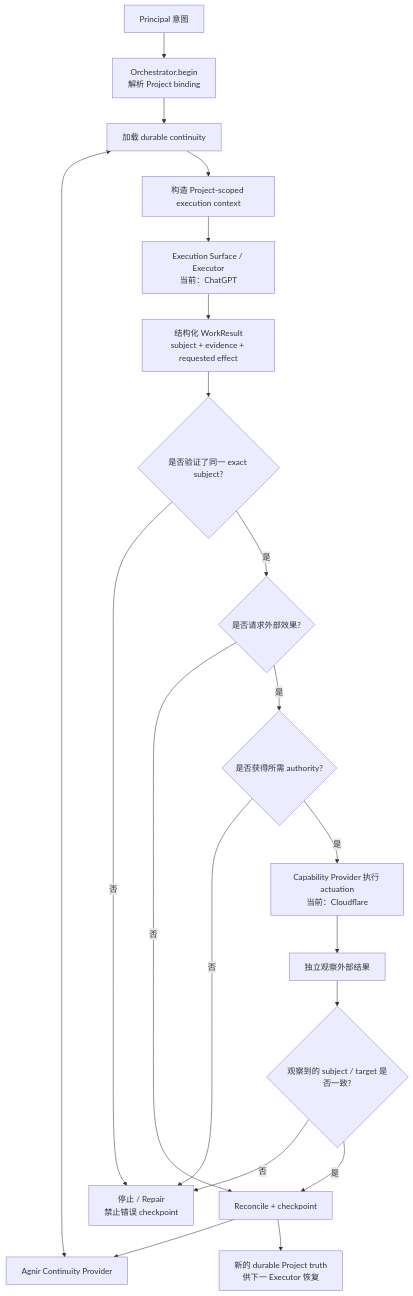
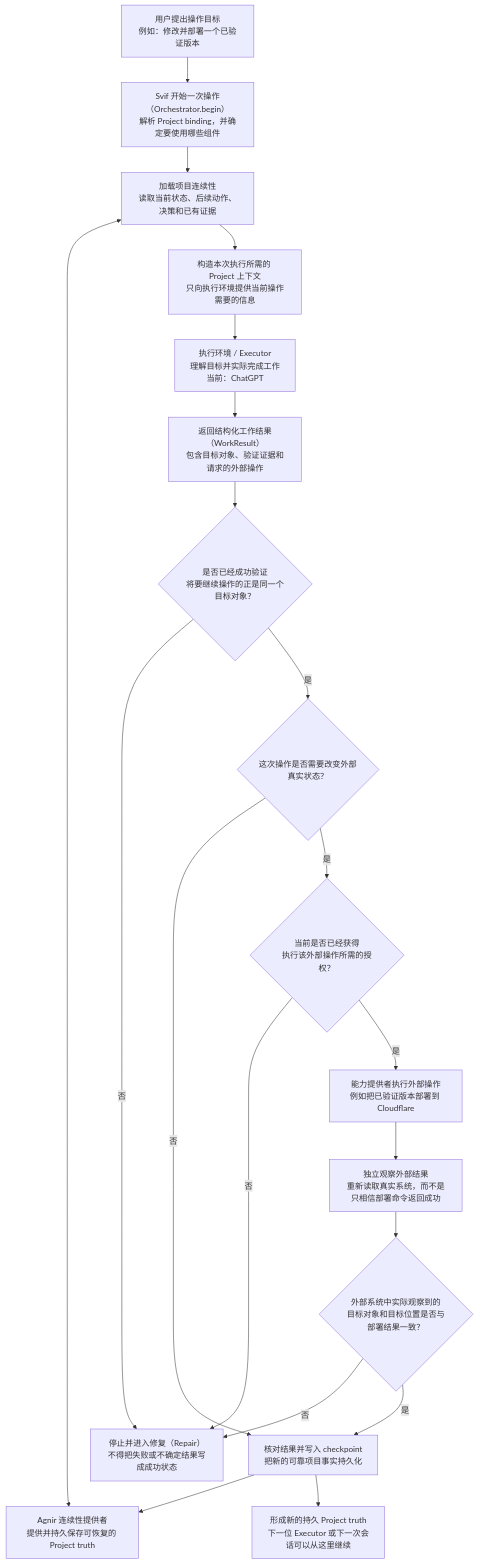
The second of 2 diagrams in README.zh-CN.md (iorLab/svif), drawn with Mermaid before and after one commit. The commit also changed other lines of this file, not shown here.

Commit message:
docs: clarify Chinese Mermaid diagram nodes

````diff
--- a/README.zh-CN.md
+++ b/README.zh-CN.md
@@ -43,22 +43,22 @@
 ```mermaid
 flowchart TD
-    I[Principal 意图] --> B[Orchestrator.begin\n解析 Project binding]
-    B --> L[加载 durable continuity]
-    L <--> A[Agnir Continuity Provider]
-    L --> M[构造 Project-scoped execution context]
-    M --> E[Execution Surface / Executor\n当前：ChatGPT]
-    E --> W[结构化 WorkResult\nsubject + evidence + requested effect]
-    W --> V{是否验证了同一 exact subject?}
-    V -- 否 --> STOP[停止 / Repair\n禁止错误 checkpoint]
-    V -- 是 --> Q{是否请求外部效果?}
-    Q -- 否 --> C[Reconcile + checkpoint]
-    Q -- 是 --> U{是否获得所需 authority?}
-    U -- 否 --> STOP
-    U -- 是 --> D[Capability Provider 执行 actuation\n当前：Cloudflare]
-    D --> O[独立观察外部结果]
-    O --> R{观察到的 subject / target 是否一致?}
-    R -- 否 --> STOP
-    R -- 是 --> C
+    I["用户提出操作目标<br/>例如：修改并部署一个已验证版本"] --> B["Svif 开始一次操作（Orchestrator.begin）<br/>解析 Project binding，并确定要使用哪些组件"]
+    B --> L["加载项目连续性<br/>读取当前状态、后续动作、决策和已有证据"]
+    L <--> A["Agnir 连续性提供者<br/>提供并持久保存可恢复的 Project truth"]
+    L --> M["构造本次执行所需的 Project 上下文<br/>只向执行环境提供当前操作需要的信息"]
+    M --> E["执行环境 / Executor<br/>理解目标并实际完成工作<br/>当前：ChatGPT"]
+    E --> W["返回结构化工作结果（WorkResult）<br/>包含目标对象、验证证据和请求的外部操作"]
+    W --> V{"是否已经成功验证<br/>将要继续操作的正是同一个目标对象？"}
+    V -- "否" --> STOP["停止并进入修复（Repair）<br/>不得把失败或不确定结果写成成功状态"]
+    V -- "是" --> Q{"这次操作是否需要改变外部真实状态？"}
+    Q -- "否" --> C["核对结果并写入 checkpoint<br/>把新的可靠项目事实持久化"]
+    Q -- "是" --> U{"当前是否已经获得<br/>执行该外部操作所需的授权？"}
+    U -- "否" --> STOP
+    U -- "是" --> D["能力提供者执行外部操作<br/>例如把已验证版本部署到 Cloudflare"]
+    D --> O["独立观察外部结果<br/>重新读取真实系统，而不是只相信部署命令返回成功"]
+    O --> R{"外部系统中实际观察到的<br/>目标对象和目标位置是否与部署结果一致？"}
+    R -- "否" --> STOP
+    R -- "是" --> C
     C --> A
-    C --> N[新的 durable Project truth\n供下一 Executor 恢复]
+    C --> N["形成新的持久 Project truth<br/>下一位 Executor 或下一次会话可以从这里继续"]
 ```
````
